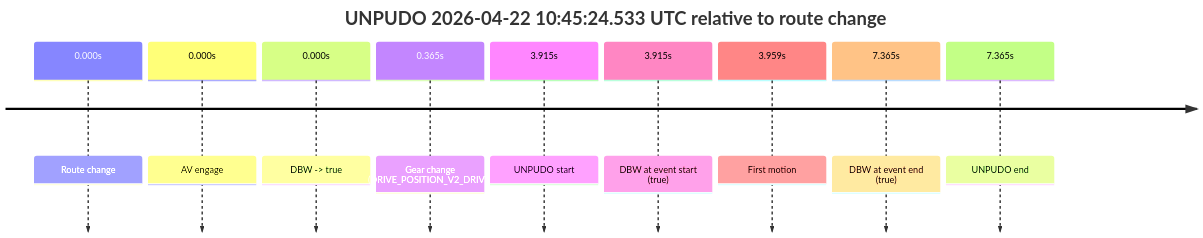
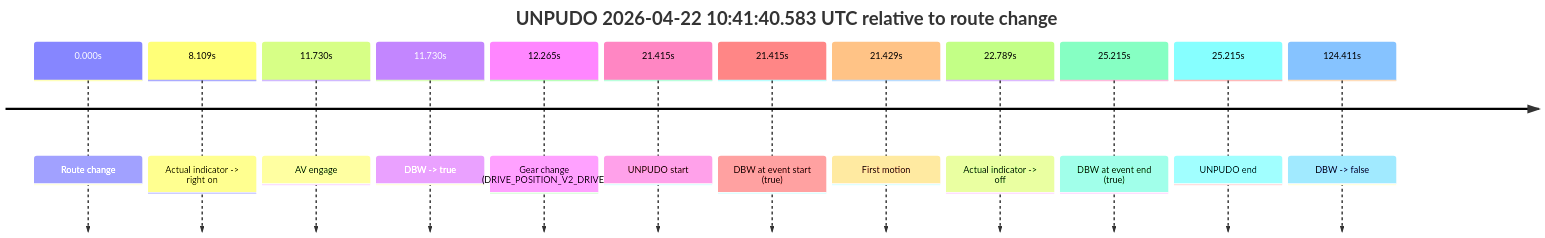
The second of 2 diagrams in model_analysis/report_cards/2026/04/Week-4/fme20002--2026-04-22--10-28-04--gen2-av-51799255-5ec8-4dac-b277-c3ec7bf0cda6.md (yoelshapiro/vault), drawn with Mermaid before and after one commit. The commit also changed other lines of this file and 53 other files, not shown here.

````diff
--- a/model_analysis/report_cards/2026/04/Week-4/fme20002--2026-04-22--10-28-04--gen2-av-51799255-5ec8-4dac-b277-c3ec7bf0cda6.md
+++ b/model_analysis/report_cards/2026/04/Week-4/fme20002--2026-04-22--10-28-04--gen2-av-51799255-5ec8-4dac-b277-c3ec7bf0cda6.md
@@ -42,13 +140,16 @@
 ```mermaid
 timeline
-    title UNPUDO 2026-04-22 10:45:24.533 UTC relative to route change
+    title UNPUDO 2026-04-22 10:41:40.583 UTC relative to route change
     0.000s : Route change
-    0.000s : AV engage
-    0.000s : DBW -> true
-    0.365s : Gear change (DRIVE_POSITION_V2_DRIVE)
-    3.915s : UNPUDO start
-    3.915s : DBW at event start (true)
-    3.959s : First motion
-    7.365s : DBW at event end (true)
-    7.365s : UNPUDO end
+    8.109s : Actual indicator -> right on
+    11.730s : AV engage
+    11.730s : DBW -> true
+    12.265s : Gear change (DRIVE_POSITION_V2_DRIVE)
+    21.415s : UNPUDO start
+    21.415s : DBW at event start (true)
+    21.429s : First motion
+    22.789s : Actual indicator -> off
+    25.215s : DBW at event end (true)
+    25.215s : UNPUDO end
+    124.411s : DBW -> false
 ```
````
